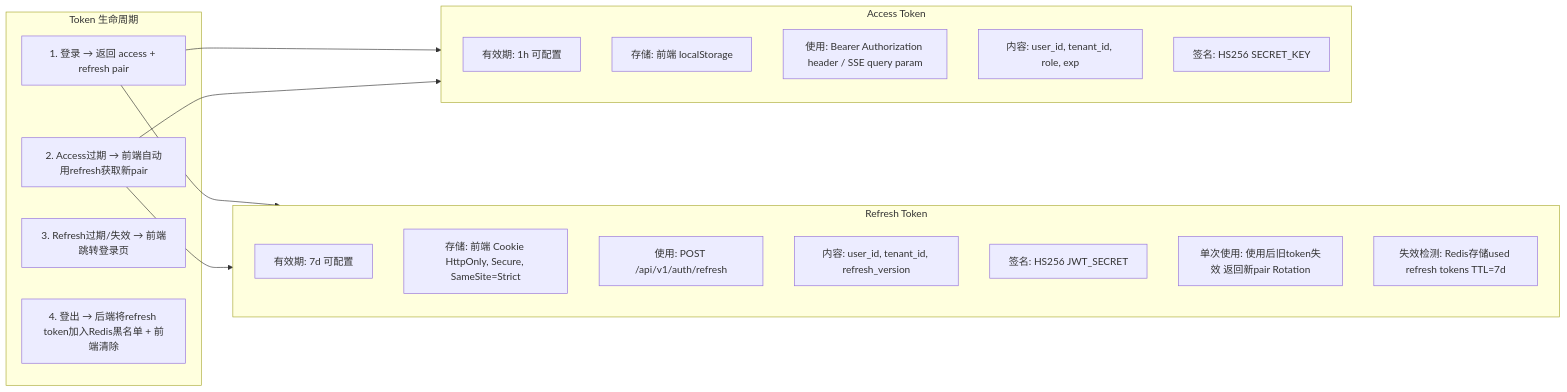
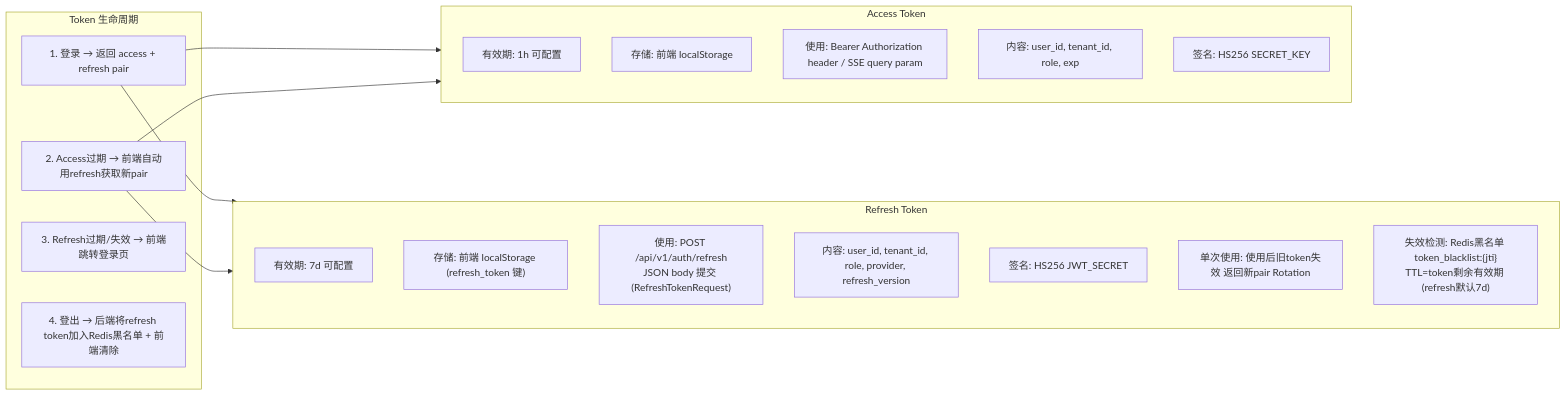
The third of 3 diagrams in docs/design/security.md (onceme/instantboard), drawn with Mermaid before and after one commit. The commit also changed other lines of this file and 2 other files, not shown here.

First line of the commit message:
docs: document /ibadmin admin login and the real token storage model

````diff
--- a/docs/design/security.md
+++ b/docs/design/security.md
@@ -343,32 +342,32 @@
 ```mermaid
 graph LR
   subgraph accessToken["Access Token"]
     ATexp["有效期: 1h 可配置"]
     ATstore["存储: 前端 localStorage"]
     ATuse["使用: Bearer Authorization header / SSE query param"]
     ATcontent["内容: user_id, tenant_id, role, exp"]
     ATsign["签名: HS256 SECRET_KEY"]
   end
 
   subgraph refreshToken["Refresh Token"]
     RTexp["有效期: 7d 可配置"]
-    RTstore["存储: 前端 Cookie HttpOnly, Secure, SameSite=Strict"]
-    RTuse["使用: POST /api/v1/auth/refresh"]
-    RTcontent["内容: user_id, tenant_id, refresh_version"]
+    RTstore["存储: 前端 localStorage (refresh_token 键)"]
+    RTuse["使用: POST /api/v1/auth/refresh<br/>JSON body 提交 (RefreshTokenRequest)"]
+    RTcontent["内容: user_id, tenant_id, role, provider, refresh_version"]
     RTsign["签名: HS256 JWT_SECRET"]
     RTrotation["单次使用: 使用后旧token失效 返回新pair Rotation"]
-    RTdetect["失效检测: Redis存储used refresh tokens TTL=7d"]
+    RTdetect["失效检测: Redis黑名单 token_blacklist:{jti}<br/>TTL=token剩余有效期 (refresh默认7d)"]
   end
 
   subgraph lifecycle["Token 生命周期"]
     S1["1. 登录 → 返回 access + refresh pair"]
     S2["2. Access过期 → 前端自动用refresh获取新pair"]
     S3["3. Refresh过期/失效 → 前端跳转登录页"]
     S4["4. 登出 → 后端将refresh token加入Redis黑名单 + 前端清除"]
   end
 
   S1 --> accessToken
   S1 --> refreshToken
   S2 --> refreshToken
   S2 --> accessToken
 ```
````
